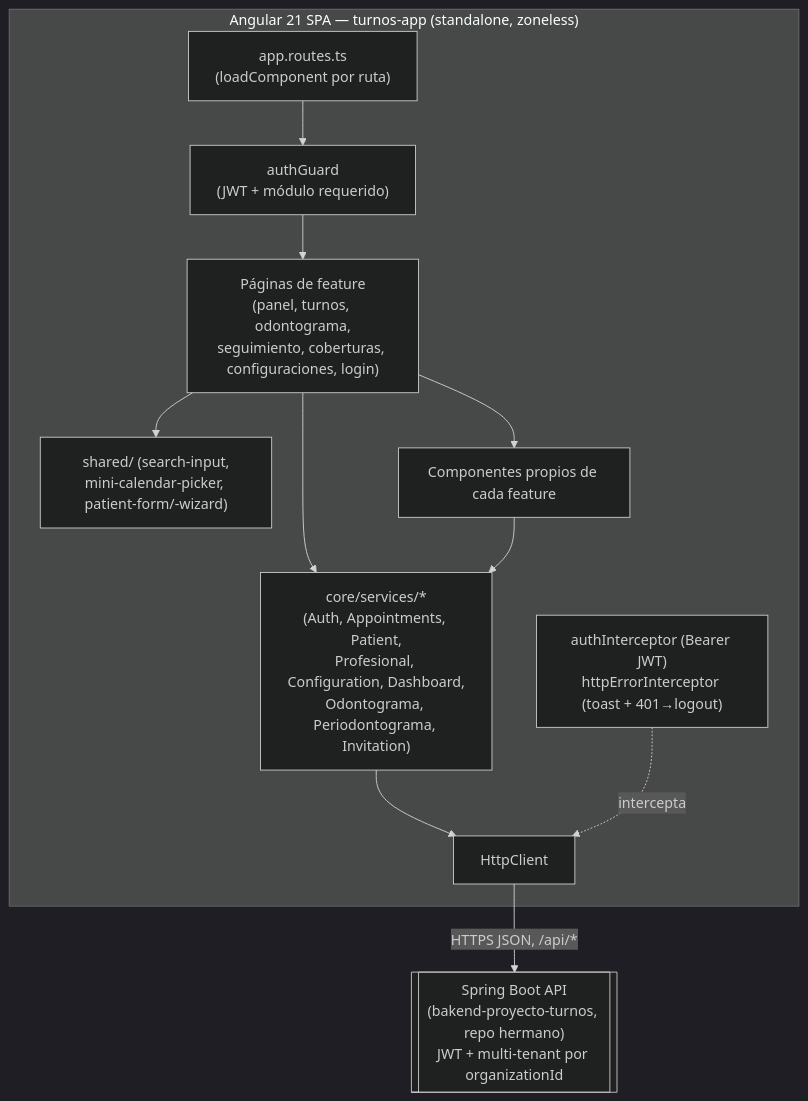
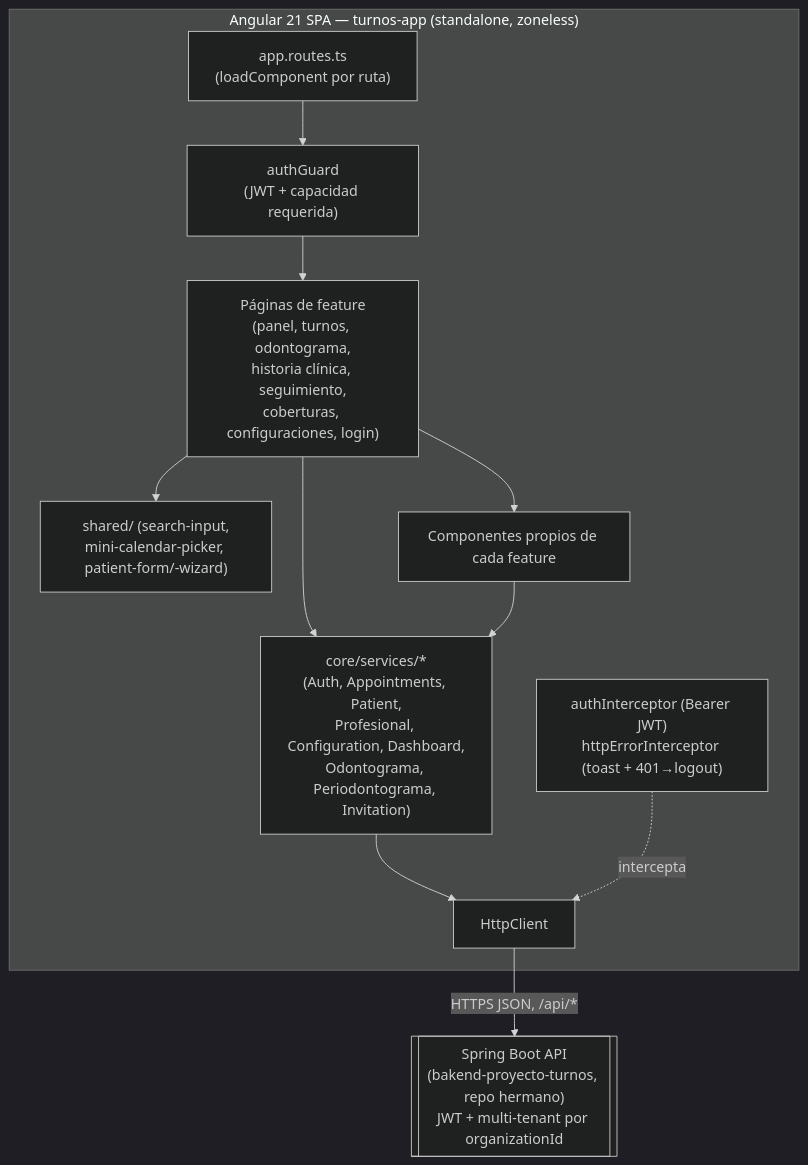
The diagram in docs/ARCHITECTURE.md (danielpalza/frontend-proyecto-turnos), drawn with Mermaid (dark theme) before and after one commit. The commit also changed other lines of this file and 8 other files, not shown here.

````diff
--- a/docs/ARCHITECTURE.md
+++ b/docs/ARCHITECTURE.md
@@ -97,14 +99,14 @@
 ```mermaid
 graph TD
   subgraph SPA["Angular 21 SPA — turnos-app (standalone, zoneless)"]
-    Router["app.routes.ts<br/>(loadComponent por ruta)"] --> Guard["authGuard<br/>(JWT + módulo requerido)"]
-    Guard --> Pages["Páginas de feature<br/>(panel, turnos, odontograma,<br/>seguimiento, coberturas, configuraciones, login)"]
+    Router["app.routes.ts<br/>(loadComponent por ruta)"] --> Guard["authGuard<br/>(JWT + capacidad requerida)"]
+    Guard --> Pages["Páginas de feature<br/>(panel, turnos, odontograma,<br/>historia clínica, seguimiento,<br/>coberturas, configuraciones, login)"]
     Pages --> SharedComp["shared/ (search-input,<br/>mini-calendar-picker, patient-form/-wizard)"]
     Pages --> FeatureComp["Componentes propios de cada feature"]
     Pages --> CoreServices["core/services/*<br/>(Auth, Appointments, Patient,<br/>Profesional, Configuration, Dashboard,<br/>Odontograma, Periodontograma, Invitation)"]
     FeatureComp --> CoreServices
     CoreServices --> HttpClient["HttpClient"]
     Interceptors["authInterceptor (Bearer JWT)<br/>httpErrorInterceptor (toast + 401→logout)"] -.intercepta.-> HttpClient
   end
   HttpClient -->|"HTTPS JSON, /api/*"| Backend[["Spring Boot API<br/>(bakend-proyecto-turnos, repo hermano)<br/>JWT + multi-tenant por organizationId"]]
 ```
````
